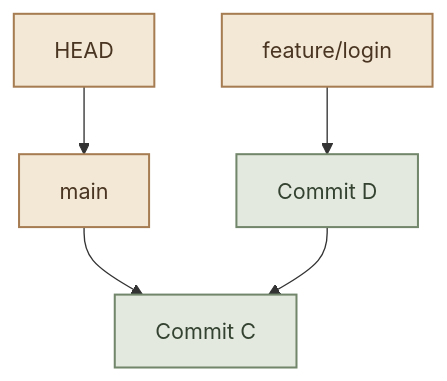
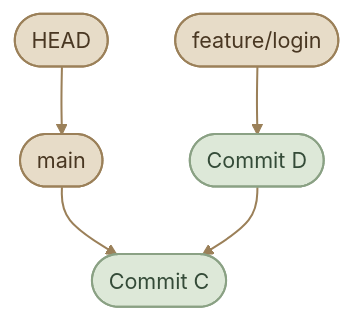
The fourth of 9 diagrams in content/version-control/Git and GitHub/branching-and-merging.mdx (mustafammasoud/ops-handbook), drawn with Mermaid before and after one commit. The commit also changed other lines of this file and 17 other files, not shown here.

````diff
--- a/content/version-control/Git and GitHub/branching-and-merging.mdx
+++ b/content/version-control/Git and GitHub/branching-and-merging.mdx
@@ -101,13 +101,15 @@
 ```mermaid
 flowchart TD
-    HEAD["HEAD"] --> MAIN["main"]
-    MAIN --> C["Commit C"]
-    FEATURE["feature/login"] --> D["Commit D"]
+    HEAD(["HEAD"]) --> MAIN(["main"])
+    MAIN --> C(["Commit C"])
+    FEATURE(["feature/login"]) --> D(["Commit D"])
     D --> C
 
-    classDef pointer fill:#f3e8d5,stroke:#a67c52,color:#493522,stroke-width:1.5px
-    classDef commit fill:#e4e9df,stroke:#71866a,color:#344331,stroke-width:1.5px
+    classDef pointer fill:#E7DCC8,stroke:#9B8059,color:#493722,stroke-width:1.5px
+    classDef commit fill:#DDE8D8,stroke:#8AA184,color:#344B38,stroke-width:1.5px
 
     class HEAD,MAIN,FEATURE pointer
     class C,D commit
+
+    linkStyle default stroke:#9B8059,stroke-width:1.5px
 ```
````
